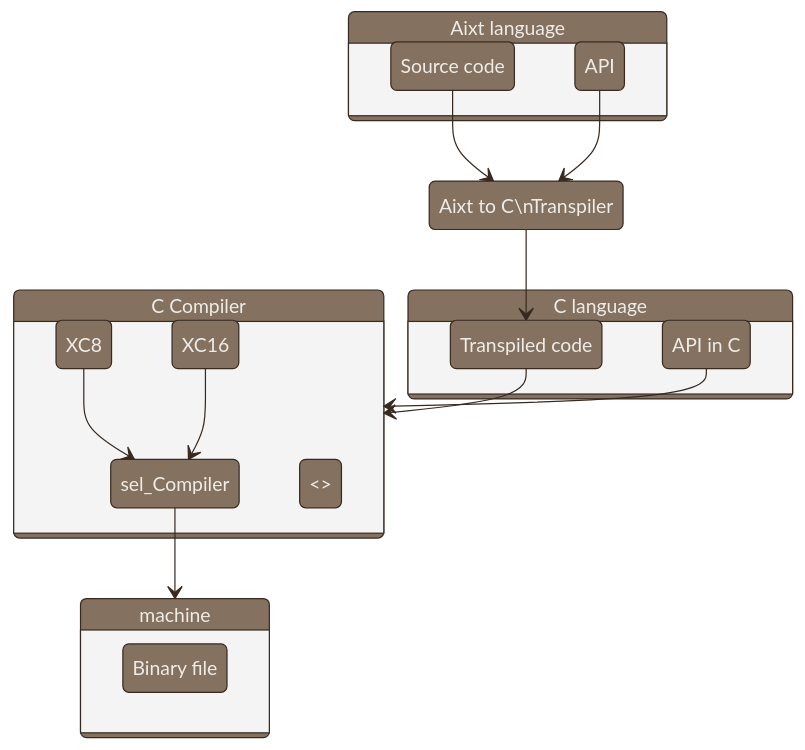
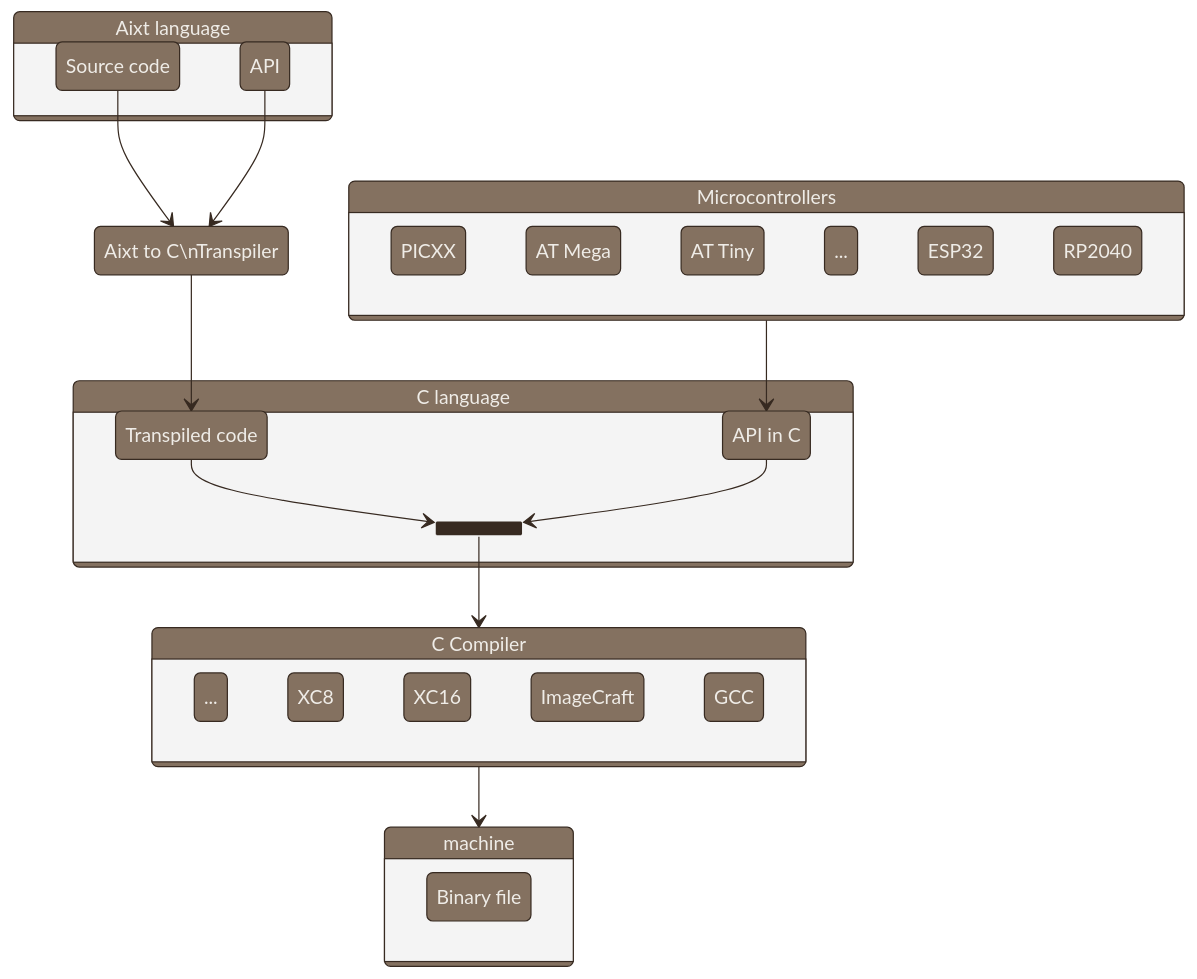
The diagram in logo/Aixt diagram.md (fermarsan/aixt), drawn with Mermaid before and after one commit.

Commit message:
mermaid diagram

````diff
--- a/logo/Aixt diagram.md
+++ b/logo/Aixt diagram.md
@@ -1,52 +1,69 @@
 ```mermaid
 %%{ init: { 'theme': 'base', 
             'themeVariables': { 'primaryColor': '#847160',
                                 'secondaryColor': '#6f7c84',
                                 'primaryTextColor': '#efece7',
                                 'primaryBorderColor': '#372a21',
                                 'tertiaryTextColor': '#c3c2f',
                                 'tertiaryBorderColor': '#472a21',
                                 'lineColor': '#372a21'
                               }
           }
 }%%
 
 stateDiagram-v2
 
     Aixt: Aixt language
     state Aixt {
         source: Source code
         API
     }
 
     Aixt2C: Aixt to C\nTranspiler
 
     C: C language
     state C {
+        state join_C <<fork>>
         Tr_Code: Transpiled code
         API_C: API in C
+        Tr_Code --> join_C
+        API_C --> join_C
+    }
+
+    state Microcontrollers {
+        PICs: PICXX
+        ATM: AT Mega
+        ATT: AT Tiny
+        others2: ...
+        ESP32
+        RP2040
     }
 
     C_Compiler: C Compiler
     state C_Compiler {
-        sel_Compiler <<fork>>
-        XC8  --> sel_Compiler
-        XC16 --> sel_Compiler
+        others: ...
+        XC8  
+        XC16 
+        ImageCraft  
+        others 
+        GCC 
     }
     
     machine
     state machine {
         BF: Binary file
     }
     
     source  --> Aixt2C
     API     --> Aixt2C 
     Aixt2C  --> Tr_Code
 
-    Tr_Code     --> C_Compiler
-    API_C       --> C_Compiler
-    sel_Compiler  --> machine
+    join_C     --> C_Compiler
+
+    C_Compiler  --> machine
+
+    Microcontrollers --> API_C
 
 %% general block diagram in mermaid.js
 %% converted in svg image by using https://mermaid.live/edit
 ```
````
